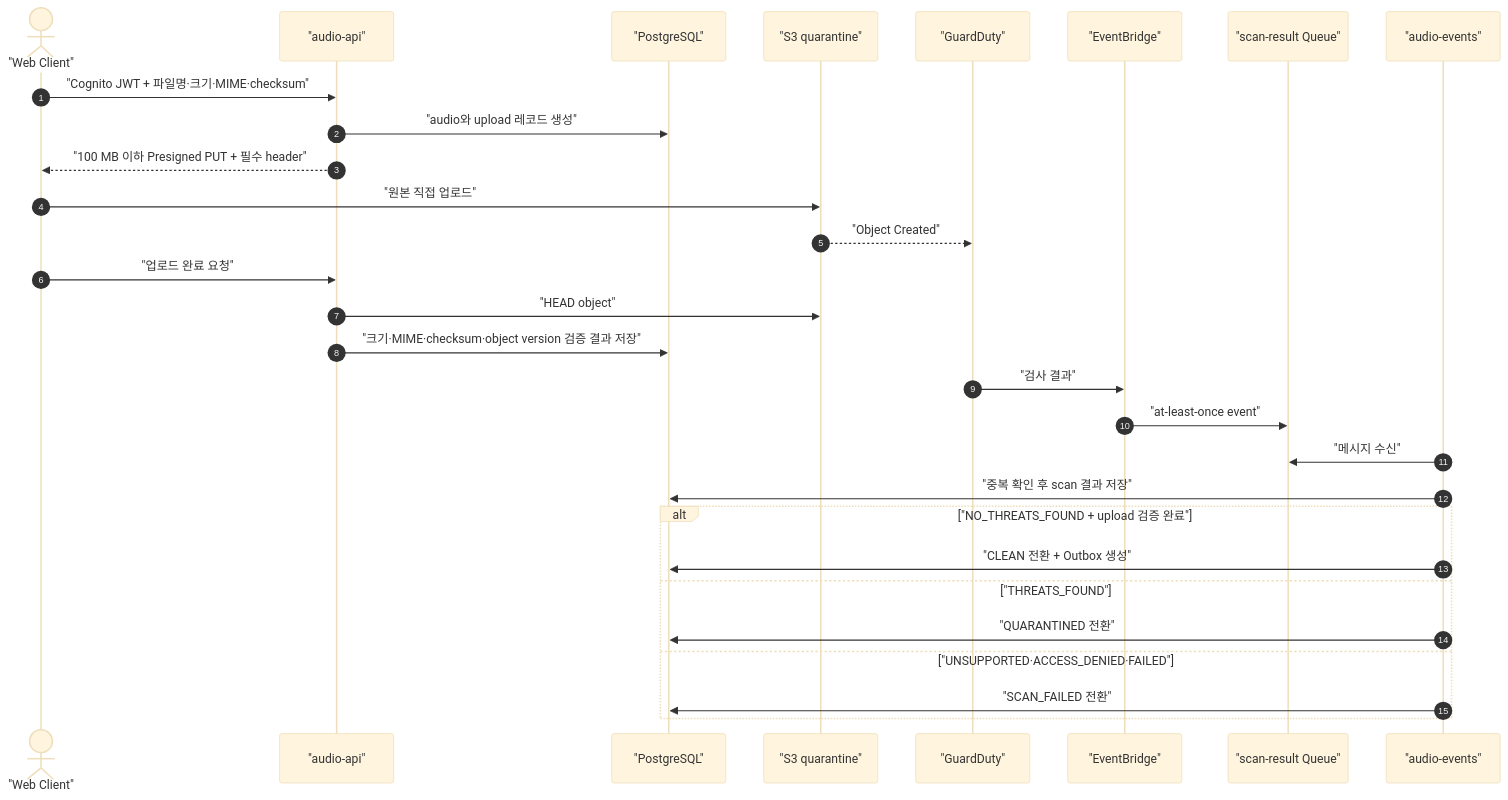
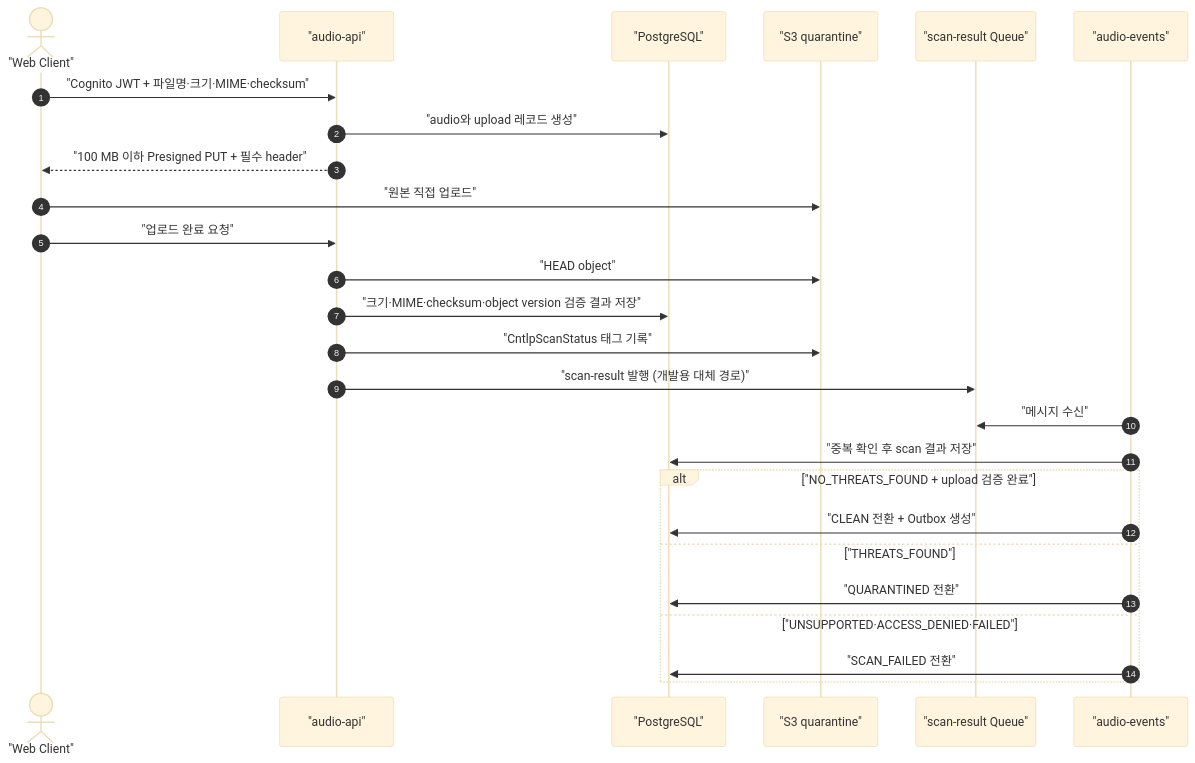
Before and after one commit to project-cantaloupe/03-app-audio: the second of 5 diagrams in docs/audio-service-architecture.md, drawn with Mermaid (base theme). The commit also changed other lines of this file and 11 other files, not shown here.

````diff
--- a/docs/audio-service-architecture.md
+++ b/docs/audio-service-architecture.md
@@ -276,34 +273,31 @@
 ```mermaid
 sequenceDiagram
     autonumber
     actor Client as "Web Client"
     participant API as "audio-api"
     participant DB as "PostgreSQL"
     participant S3 as "S3 quarantine"
-    participant GD as "GuardDuty"
-    participant EB as "EventBridge"
     participant Q as "scan-result Queue"
     participant Events as "audio-events"
 
     Client->>API: "Cognito JWT + 파일명·크기·MIME·checksum"
     API->>DB: "audio와 upload 레코드 생성"
     API-->>Client: "100 MB 이하 Presigned PUT + 필수 header"
     Client->>S3: "원본 직접 업로드"
-    S3-->>GD: "Object Created"
     Client->>API: "업로드 완료 요청"
     API->>S3: "HEAD object"
     API->>DB: "크기·MIME·checksum·object version 검증 결과 저장"
 
-    GD->>EB: "검사 결과"
-    EB->>Q: "at-least-once event"
+    API->>S3: "CntlpScanStatus 태그 기록"
+    API->>Q: "scan-result 발행 (개발용 대체 경로)"
     Events->>Q: "메시지 수신"
     Events->>DB: "중복 확인 후 scan 결과 저장"
 
     alt "NO_THREATS_FOUND + upload 검증 완료"
         Events->>DB: "CLEAN 전환 + Outbox 생성"
     else "THREATS_FOUND"
         Events->>DB: "QUARANTINED 전환"
     else "UNSUPPORTED·ACCESS_DENIED·FAILED"
         Events->>DB: "SCAN_FAILED 전환"
     end
 ```
````
